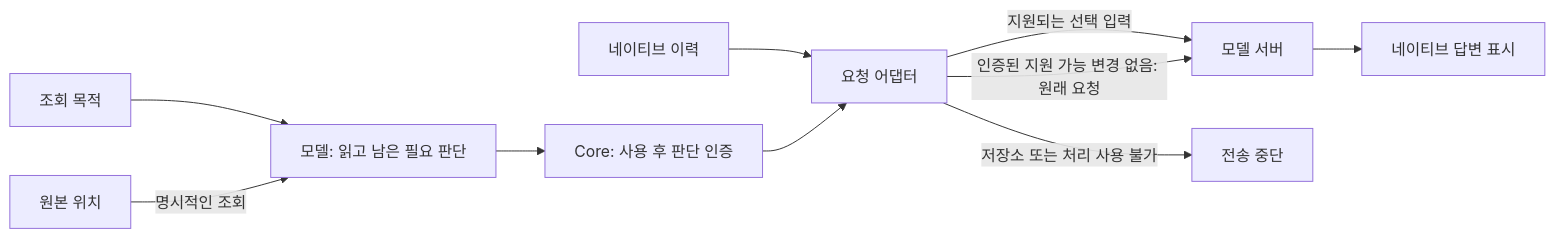
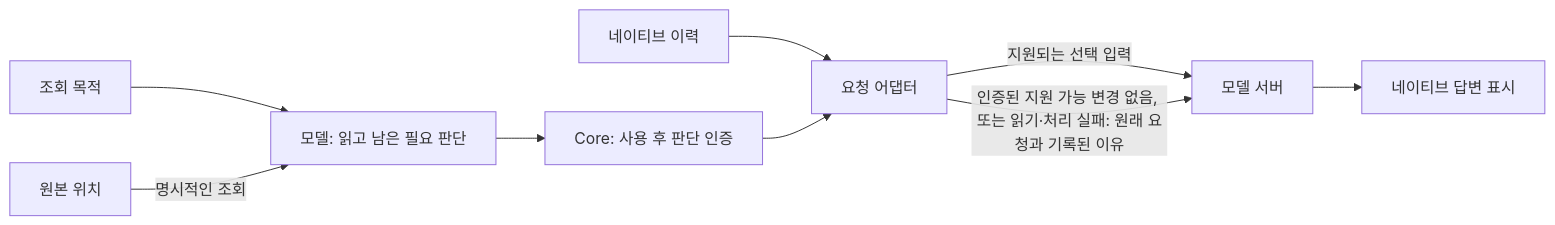
One commit to AidALL/ghost-alice changed the fourth of 4 diagrams in architecture_ko.md. Above: the diagram before and after it, drawn with Mermaid. The commit also changed other lines of this file and 4 other files, not shown here.

````diff
--- a/architecture_ko.md
+++ b/architecture_ko.md
@@ -73,12 +73,11 @@
 ```mermaid
 flowchart LR
   P["조회 목적"] --> M["모델: 읽고 남은 필요 판단"]
   M --> C["Core: 사용 후 판단 인증"]
   H["네이티브 이력"] --> A["요청 어댑터"]
   C --> A
   A -->|지원되는 선택 입력| S["모델 서버"]
-  A -->|인증된 지원 가능 변경 없음: 원래 요청| S
-  A -->|저장소 또는 처리 사용 불가| U["전송 중단"]
+  A -->|인증된 지원 가능 변경 없음, 또는 읽기·처리 실패: 원래 요청과 기록된 이유| S
   S --> D["네이티브 답변 표시"]
   O["원본 위치"] -->|명시적인 조회| M
 ```
````
